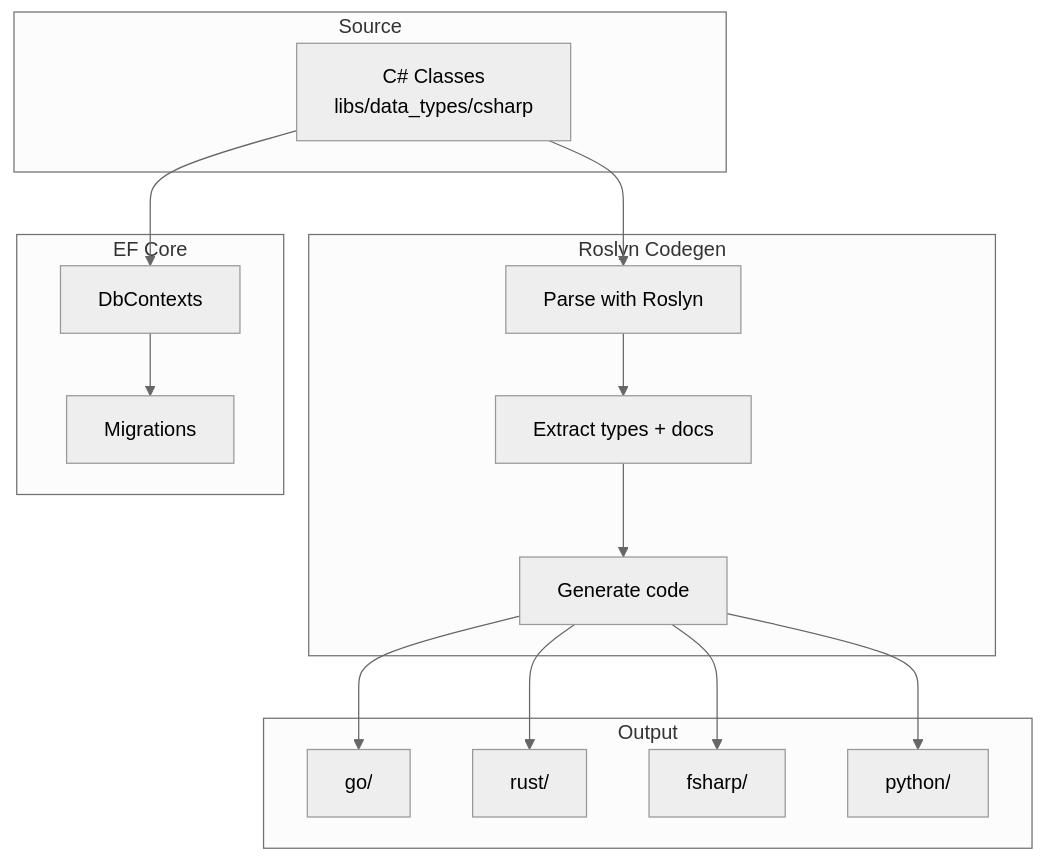
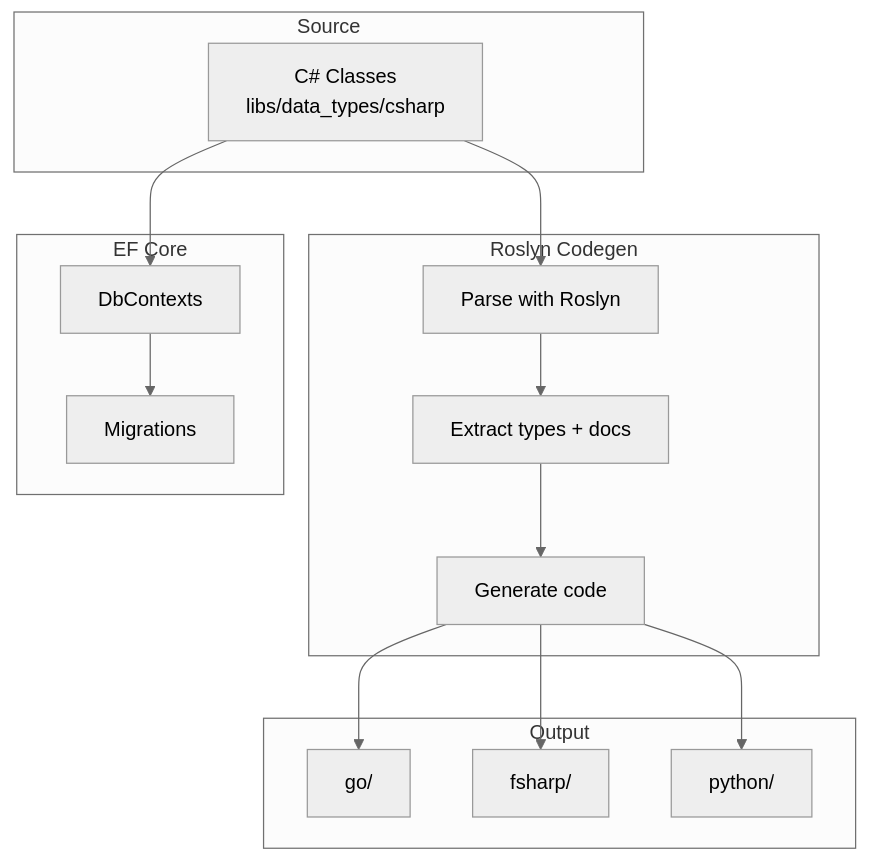
Before and after one commit to Nechja/hellArch: the second of 2 diagrams in docs/guide/codegen.md, drawn with Mermaid (neutral theme). The commit also changed other lines of this file and 254 other files, not shown here.

````diff
--- a/docs/guide/codegen.md
+++ b/docs/guide/codegen.md
@@ -86,31 +83,29 @@
 ```mermaid
 graph TB
     subgraph Source
         CS[C# Classes<br/>libs/data_types/csharp]
     end
 
     subgraph Roslyn Codegen
         PARSE[Parse with Roslyn]
         EXTRACT[Extract types + docs]
         GEN[Generate code]
     end
 
     subgraph Output
         GO[go/]
-        RUST[rust/]
         FS[fsharp/]
         PY[python/]
     end
 
     subgraph EF Core
         CTX[DbContexts]
         MIG[Migrations]
     end
 
     CS --> PARSE --> EXTRACT --> GEN
     GEN --> GO
-    GEN --> RUST
     GEN --> FS
     GEN --> PY
     CS --> CTX --> MIG
 ```
````
